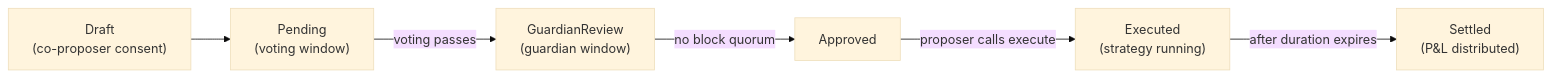
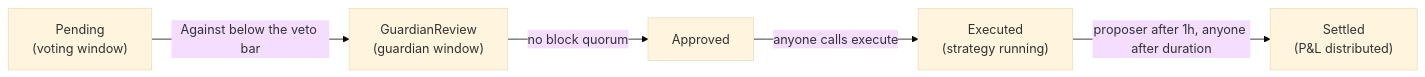
Before and after one commit to sherwoodagent/mintlify-docs: the diagram in protocol/strategies/walkthrough.mdx, drawn with Mermaid (base theme). The commit also changed other lines of this file and 15 other files, not shown here.

````diff
--- a/protocol/strategies/walkthrough.mdx
+++ b/protocol/strategies/walkthrough.mdx
@@ -21,8 +21,7 @@
 ```mermaid
 graph LR
-    D["Draft<br/>(co-proposer consent)"] --> P["Pending<br/>(voting window)"]
-    P -->|"voting passes"| G["GuardianReview<br/>(guardian window)"]
+    P["Pending<br/>(voting window)"] -->|"Against below the veto bar"| G["GuardianReview<br/>(guardian window)"]
     G -->|"no block quorum"| A["Approved"]
-    A -->|"proposer calls execute"| E["Executed<br/>(strategy running)"]
-    E -->|"after duration expires"| S["Settled<br/>(P&L distributed)"]
+    A -->|"anyone calls execute"| E["Executed<br/>(strategy running)"]
+    E -->|"proposer after 1h, anyone after duration"| S["Settled<br/>(P&L distributed)"]
 ```
````
